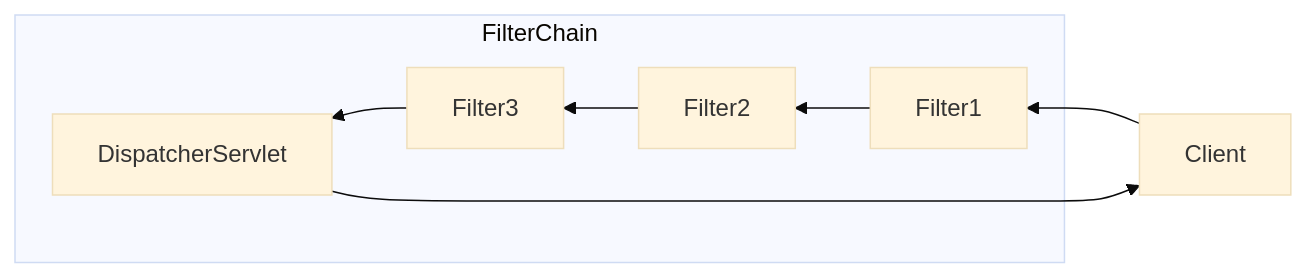
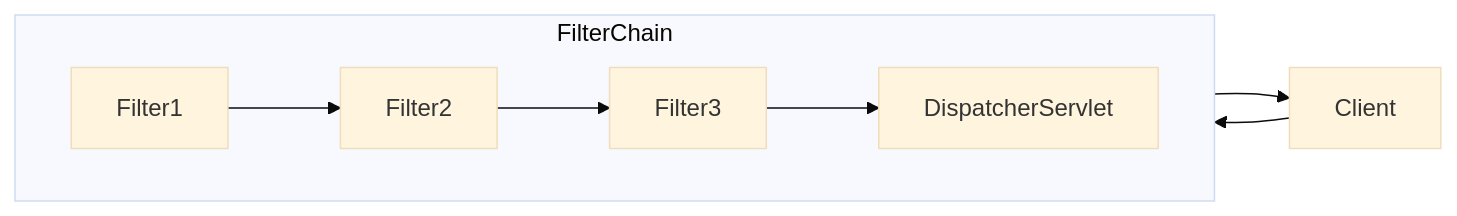
Before and after one commit to choiexe1/blog: the diagram in content/Resources/프로그래밍/Java/스프링 시큐리티/스프링 시큐리티 아키텍쳐.md, drawn with Mermaid (base theme).

Commit message:
vault backup: 2024-12-10 13:42:37

````diff
--- a/content/Resources/프로그래밍/Java/스프링 시큐리티/스프링 시큐리티 아키텍쳐.md
+++ b/content/Resources/프로그래밍/Java/스프링 시큐리티/스프링 시큐리티 아키텍쳐.md
@@ -20,16 +20,10 @@
 ```mermaid
-graph RL
-
-Client
-
-subgraph FilterChain
-	Filter1
-	Filter2
-	Filter3
-	DispatcherServlet
-end
-
-Client --> Filter1 --> Filter2 --> Filter3 --> DispatcherServlet
-
+graph LR
+Client 
+subgraph FilterChain 
+	direction LR 
+	Filter1 --> Filter2 --> Filter3 --> DispatcherServlet 
+end 
+Client --> Filter1 
 DispatcherServlet --> Client
 ```
````
